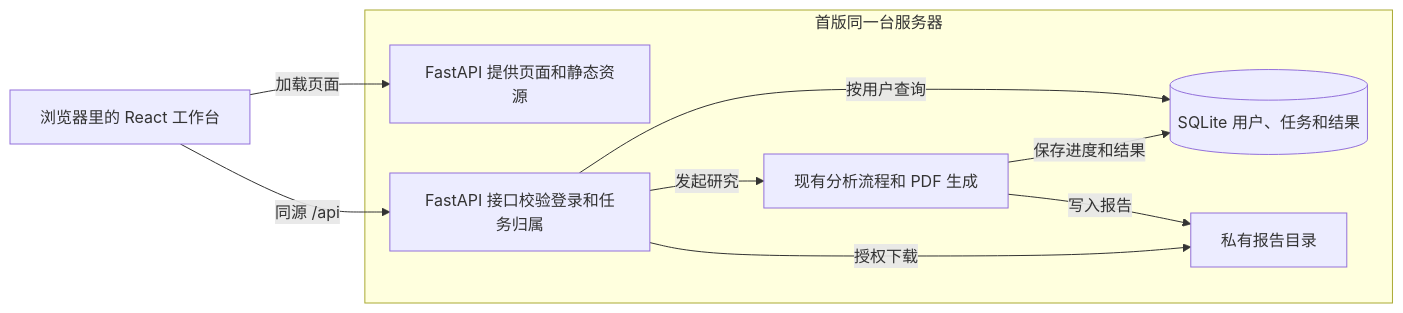
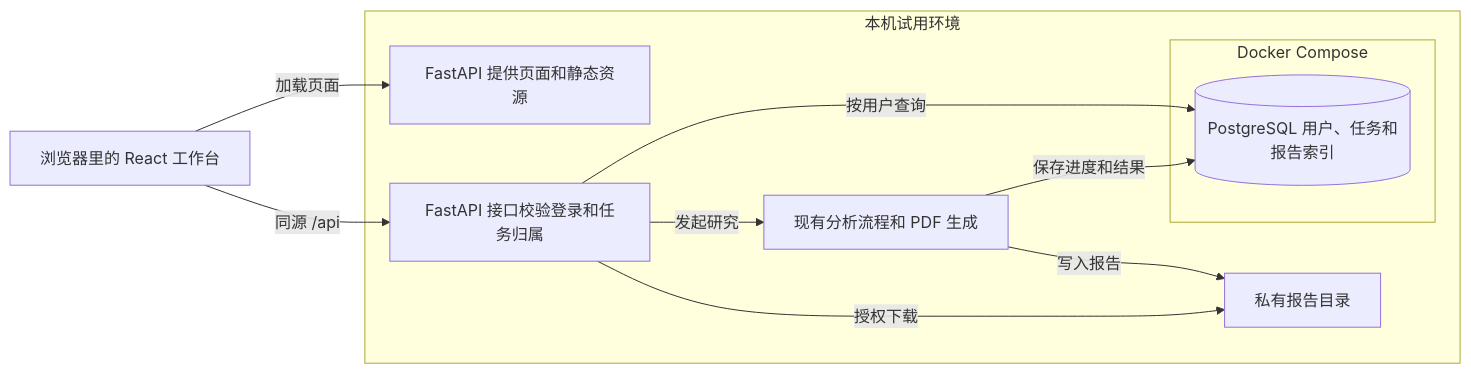
Before and after one commit to Curzsu/Stock_Agent: the diagram in docs/frontend-architecture.md, drawn with Mermaid. The commit also changed other lines of this file and 33 other files, not shown here.

Commit message:
feat(auth): 接入 PostgreSQL 会话、任务归属和接口契约

````diff
--- a/docs/frontend-architecture.md
+++ b/docs/frontend-architecture.md
@@ -7,18 +7,20 @@
 ```mermaid
 flowchart LR
     Browser["浏览器里的 React 工作台"]
-    subgraph Server["首版同一台服务器"]
+    subgraph Server["本机试用环境"]
         Assets["FastAPI 提供页面和静态资源"]
         API["FastAPI 接口校验登录和任务归属"]
         Jobs["现有分析流程和 PDF 生成"]
-        DB[("SQLite 用户、任务和结果")]
+        subgraph Docker["Docker Compose"]
+            DB[("PostgreSQL 用户、任务和报告索引")]
+        end
         Files["私有报告目录"]
     end
     Browser -->|加载页面| Assets
     Browser -->|同源 /api| API
     API -->|按用户查询| DB
     API -->|发起研究| Jobs
     Jobs -->|保存进度和结果| DB
     Jobs -->|写入报告| Files
     API -->|授权下载| Files
 ```
````
